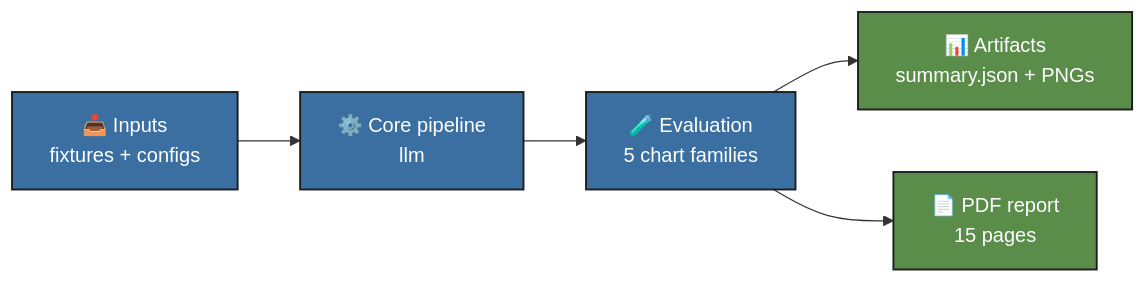
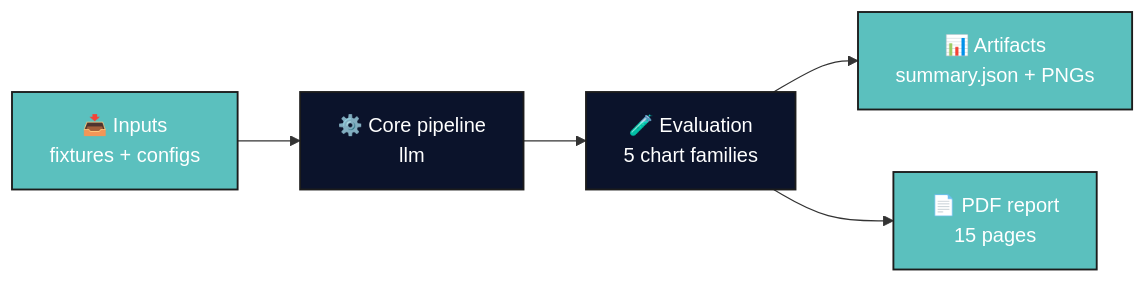
One commit to Akshitha024/llm-gateway changed the third of 5 diagrams in README.md. Above: the diagram before and after it, drawn with Mermaid. The commit also changed other lines of this file and 7 other files, not shown here.

````diff
--- a/README.md
+++ b/README.md
@@ -188,10 +200,10 @@
 ```mermaid
 flowchart LR
-    classDef io fill:#3b6fa1,stroke:#1c1c1c,stroke-width:1.5px,color:#fff
-    classDef proc fill:#3b6fa1,stroke:#1c1c1c,stroke-width:1.5px,color:#fff
-    classDef out fill:#5b8d4a,stroke:#1c1c1c,stroke-width:1.5px,color:#fff
+    classDef io fill:#5BC0BE,stroke:#1c1c1c,stroke-width:1.5px,color:#fff
+    classDef proc fill:#0B132B,stroke:#1c1c1c,stroke-width:1.5px,color:#fff
+    classDef out fill:#5BC0BE,stroke:#1c1c1c,stroke-width:1.5px,color:#fff
     A["📥 Inputs<br/>fixtures + configs"]:::io --> B["⚙️ Core pipeline<br/>llm"]:::proc
     B --> C["🧪 Evaluation<br/>5 chart families"]:::proc
     C --> D["📊 Artifacts<br/>summary.json + PNGs"]:::out
     C --> E["📄 PDF report<br/>15 pages"]:::out
 ```
````
